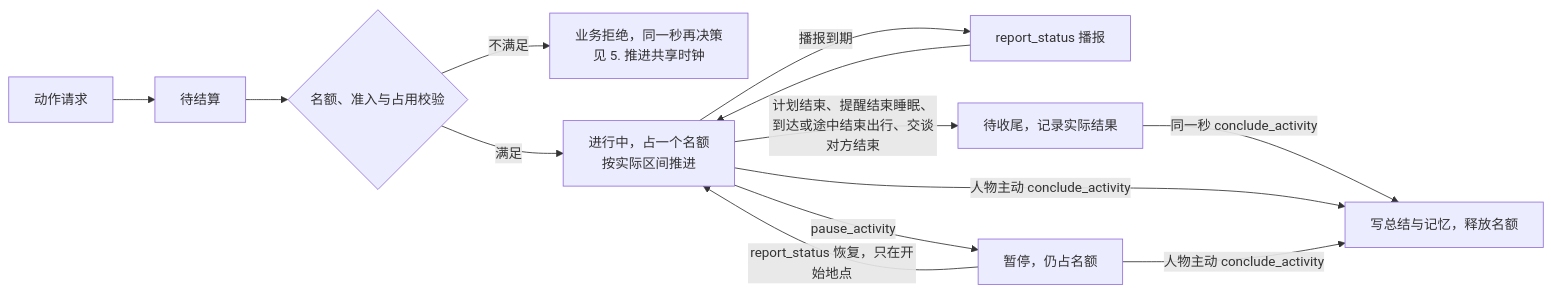
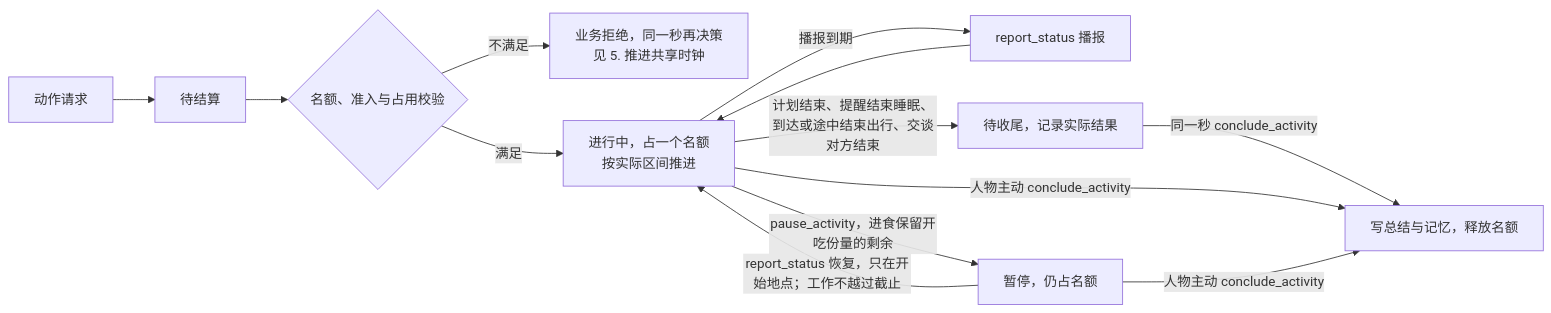
One commit to HoldThatThgt/WorldMock changed the sixth of 9 diagrams in docs/design/04-simulation-engine.md. Above: the diagram before and after it, drawn with Mermaid. The commit also changed other lines of this file and 11 other files, not shown here.

````diff
--- a/docs/design/04-simulation-engine.md
+++ b/docs/design/04-simulation-engine.md
@@ -402,15 +430,15 @@
 ```mermaid
 flowchart LR
     R[动作请求] --> Q[待结算]
     Q --> V{名额、准入与占用校验}
     V -->|不满足| J[业务拒绝，同一秒再决策<br/>见 5. 推进共享时钟]
     V -->|满足| A[进行中，占一个名额<br/>按实际区间推进]
     A -->|播报到期| B[report_status 播报]
     B --> A
-    A -->|pause_activity| PZ[暂停，仍占名额]
-    PZ -->|report_status 恢复，只在开始地点| A
+    A -->|pause_activity，进食保留开吃份量的剩余| PZ[暂停，仍占名额]
+    PZ -->|report_status 恢复，只在开始地点；工作不越过截止| A
     A -->|计划结束、提醒结束睡眠、到达或途中结束出行、交谈对方结束| E[待收尾，记录实际结果]
     E -->|同一秒 conclude_activity| C[写总结与记忆，释放名额]
     A -->|人物主动 conclude_activity| C
     PZ -->|人物主动 conclude_activity| C
 ```
````
